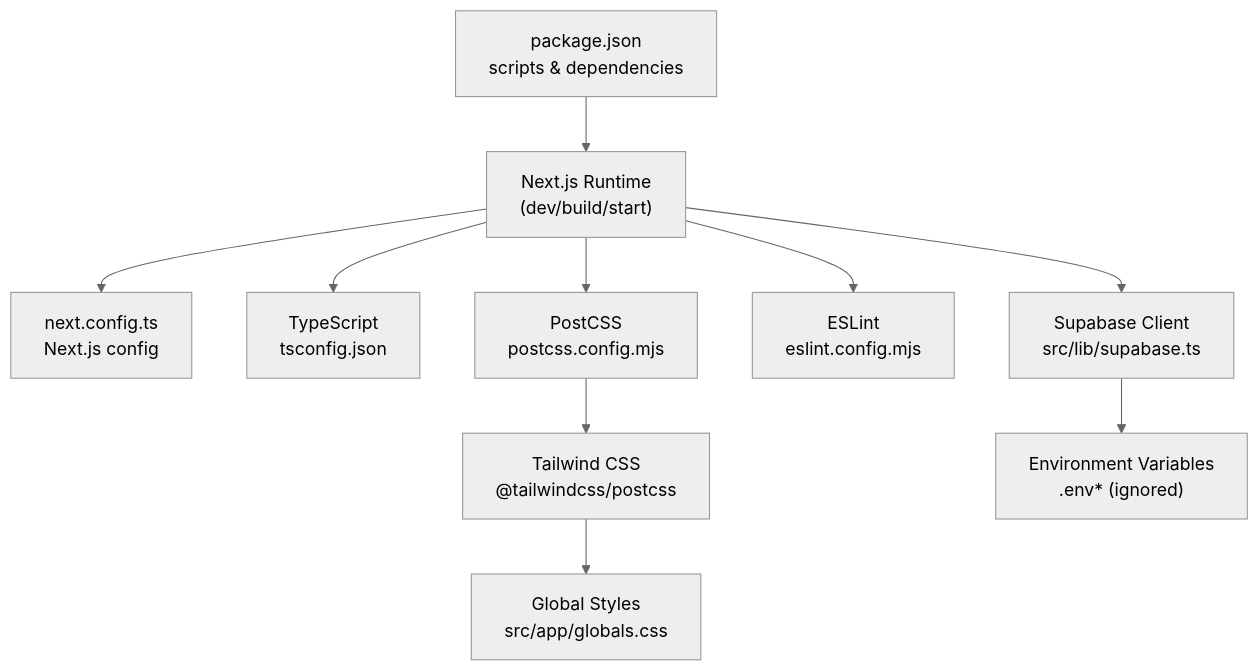
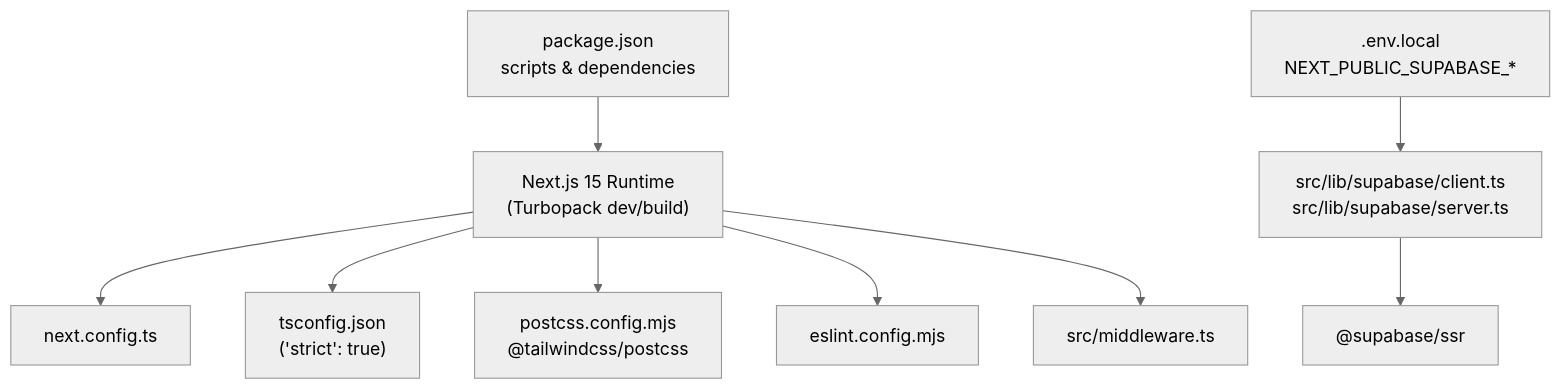
The diagram in .qoder/repowiki/en/content/Configuration & Environment Setup.md (AgusCatra/simu-twin-web), drawn with Mermaid (neutral theme) before and after one commit. The commit also changed other lines of this file and 11 other files, not shown here.

````diff
--- a/.qoder/repowiki/en/content/Configuration & Environment Setup.md
+++ b/.qoder/repowiki/en/content/Configuration & Environment Setup.md
@@ -39,12 +38,12 @@
 ```mermaid
 graph TB
-A["package.json<br/>scripts & dependencies"] --> B["Next.js Runtime<br/>(dev/build/start)"]
-B --> C["next.config.ts<br/>Next.js config"]
-B --> D["TypeScript<br/>tsconfig.json"]
-B --> E["PostCSS<br/>postcss.config.mjs"]
-E --> F["Tailwind CSS<br/>@tailwindcss/postcss"]
-B --> G["ESLint<br/>eslint.config.mjs"]
-B --> H["Supabase Client<br/>src/lib/supabase.ts"]
-H --> I["Environment Variables<br/>.env* (ignored)"]
-F --> J["Global Styles<br/>src/app/globals.css"]
+    PackageJSON["package.json<br/>scripts & dependencies"] --> NextRuntime["Next.js 15 Runtime<br/>(Turbopack dev/build)"]
+    NextRuntime --> NextConfig["next.config.ts"]
+    NextRuntime --> TSConfig["tsconfig.json<br/>('strict': true)"]
+    NextRuntime --> PostCSS["postcss.config.mjs<br/>@tailwindcss/postcss"]
+    NextRuntime --> ESLint["eslint.config.mjs"]
+    NextRuntime --> Middleware["src/middleware.ts"]
+    
+    SupabaseEnv[".env.local<br/>NEXT_PUBLIC_SUPABASE_*"] --> SupabaseClient["src/lib/supabase/client.ts<br/>src/lib/supabase/server.ts"]
+    SupabaseClient --> SupabaseSSR["@supabase/ssr"]
 ```
````
